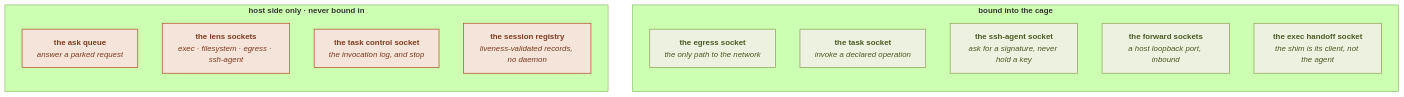
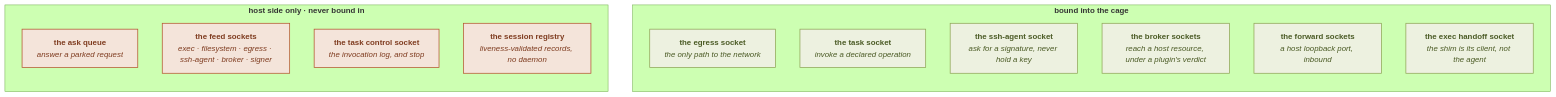
One commit to gigi206/ops-cli changed the third of 8 diagrams in docs-site/docs/guide/concepts/architecture.md. Above: the diagram before and after it, drawn with Mermaid (forest theme). The commit also changed other lines of this file and 13 other files, not shown here.

````diff
--- a/docs-site/docs/guide/concepts/architecture.md
+++ b/docs-site/docs/guide/concepts/architecture.md
@@ -139,24 +139,25 @@
 ```mermaid
 flowchart TB
     subgraph incage["<b>bound into the cage</b>"]
         direction TB
         E["<b>the egress socket</b><br/><i>the only path to the network</i>"]
         T["<b>the task socket</b><br/><i>invoke a declared operation</i>"]
         S["<b>the ssh-agent socket</b><br/><i>ask for a signature, never hold a key</i>"]
+        B["<b>the broker sockets</b><br/><i>reach a host resource, under a plugin's verdict</i>"]
         F["<b>the forward sockets</b><br/><i>a host loopback port, inbound</i>"]
         H["<b>the exec handoff socket</b><br/><i>the shim is its client, not the agent</i>"]
     end
 
     subgraph hostonly["<b>host side only · never bound in</b>"]
         direction TB
         A["<b>the ask queue</b><br/><i>answer a parked request</i>"]
-        L["<b>the lens sockets</b><br/><i>exec · filesystem · egress · ssh-agent</i>"]
+        L["<b>the feed sockets</b><br/><i>exec · filesystem · egress · ssh-agent · broker · signer</i>"]
         TL["<b>the task control socket</b><br/><i>the invocation log, and stop</i>"]
         REG["<b>the session registry</b><br/><i>liveness-validated records, no daemon</i>"]
     end
 
     classDef hs fill:#F4E4DA,stroke:#B4552F,stroke-width:1.5px,color:#7E3B1F
     classDef cs fill:#EDF1E0,stroke:#8FA557,stroke-width:1.5px,color:#4A5A24
-    class E,T,S,F,H cs
+    class E,T,S,B,F,H cs
     class A,L,TL,REG hs
 ```
````
